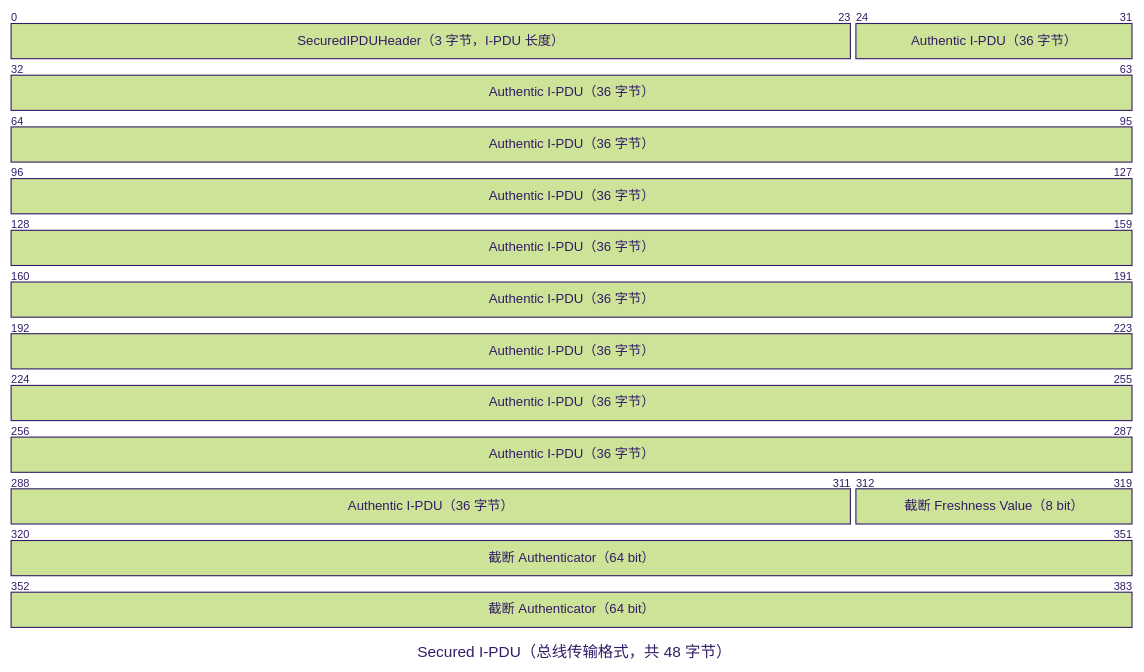
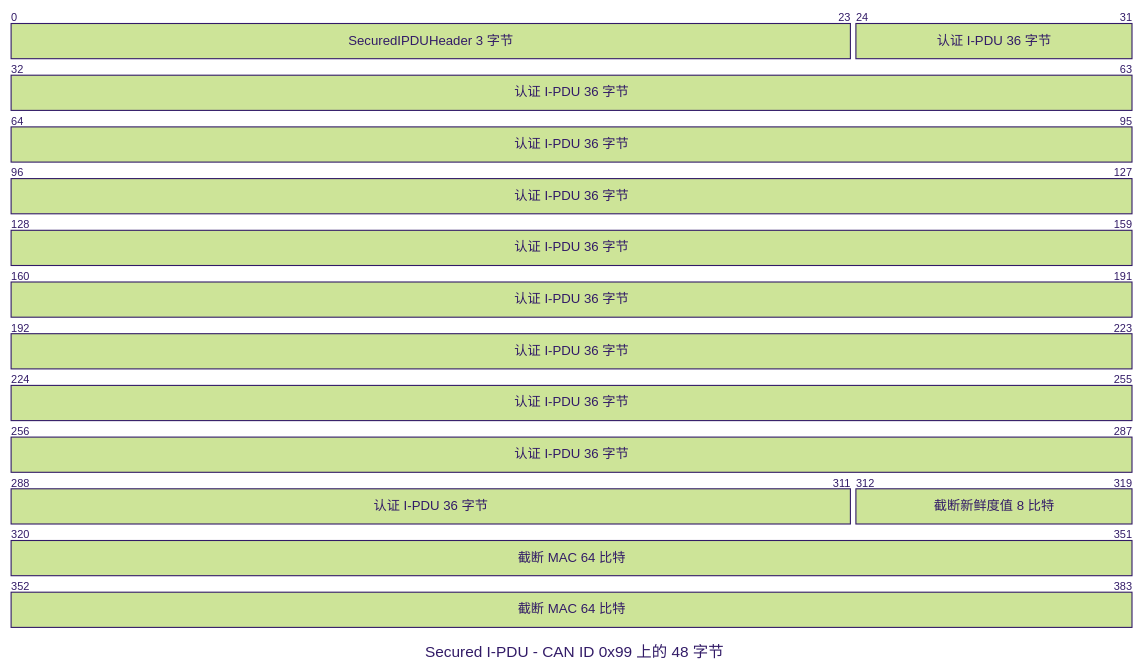
Before and after one commit to autoas/as: the third of 7 diagrams in doc/CN/SecOC.md, drawn with Mermaid (forest theme). The commit also changed other lines of this file and 518 other files, not shown here.

````diff
--- a/doc/CN/SecOC.md
+++ b/doc/CN/SecOC.md
@@ -61,8 +238,8 @@
 ```mermaid
 packet-beta
-title Secured I-PDU（总线传输格式，共 48 字节）
-0-23: "SecuredIPDUHeader（3 字节，I-PDU 长度）"
-24-311: "Authentic I-PDU（36 字节）"
-312-319: "截断 Freshness Value（8 bit）"
-320-383: "截断 Authenticator（64 bit）"
+title Secured I-PDU - CAN ID 0x99 上的 48 字节
+0-23: "SecuredIPDUHeader 3 字节"
+24-311: "认证 I-PDU 36 字节"
+312-319: "截断新鲜度值 8 比特"
+320-383: "截断 MAC 64 比特"
 ```
````
